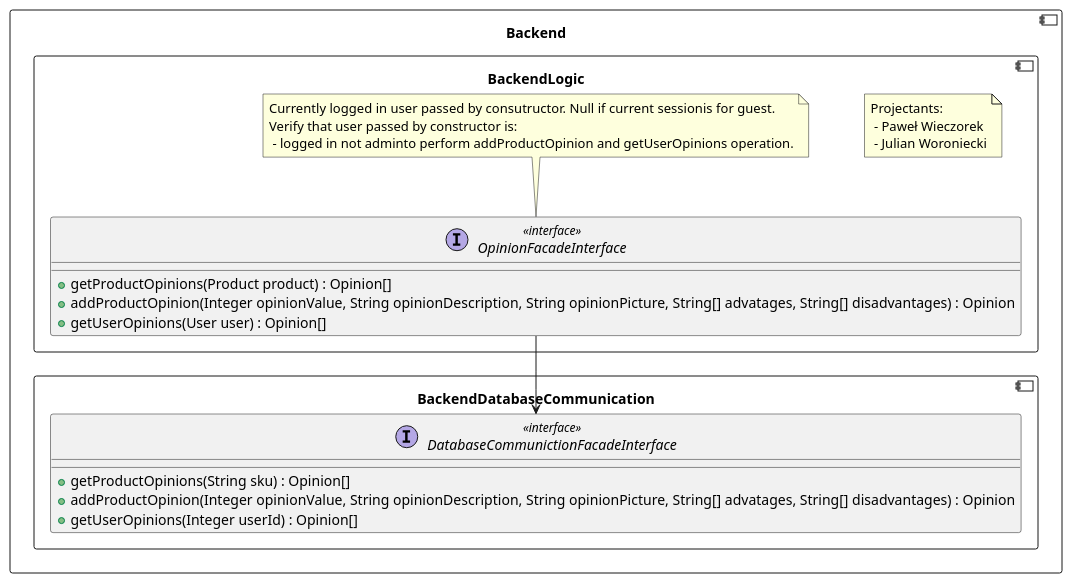
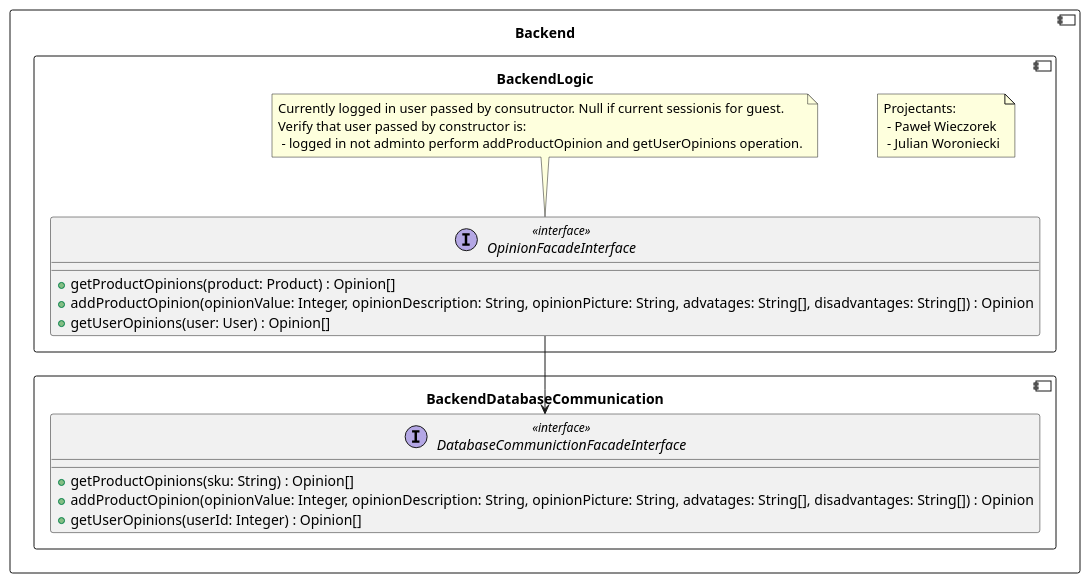
Before and after one commit to RadekBucki/OpinionCollectorArchitecture: the fifth of 5 diagrams in backend/BackendLogic.md, drawn with PlantUML. The commit also changed other lines of this file and 1 other file, not shown here.

````diff
--- a/backend/BackendLogic.md
+++ b/backend/BackendLogic.md
@@ -175,34 +175,34 @@
 ```plantuml
 @startuml
 component Backend {
     component BackendDatabaseCommunication {
         interface DatabaseCommunictionFacadeInterface <<interface>> {
-            + getProductOpinions(String sku) : Opinion[]
-            + addProductOpinion(Integer opinionValue, String opinionDescription, String opinionPicture, String[] advatages, String[] disadvantages) : Opinion
-            + getUserOpinions(Integer userId) : Opinion[]
+            + getProductOpinions(sku: String) : Opinion[]
+            + addProductOpinion(opinionValue: Integer, opinionDescription: String, opinionPicture: String, advatages: String[], disadvantages: String[]) : Opinion
+            + getUserOpinions(userId: Integer) : Opinion[]
         }
     }
     
     component BackendLogic {
         note as Authors
             Projectants: 
              - Paweł Wieczorek
              - Julian Woroniecki
         endnote
         
         OpinionFacadeInterface  --> DatabaseCommunictionFacadeInterface
         interface OpinionFacadeInterface <<interface>> {
-            + getProductOpinions(Product product) : Opinion[]
-            + addProductOpinion(Integer opinionValue, String opinionDescription, String opinionPicture, String[] advatages, String[] disadvantages) : Opinion
-            + getUserOpinions(User user) : Opinion[]
+            + getProductOpinions(product: Product) : Opinion[]
+            + addProductOpinion(opinionValue: Integer, opinionDescription: String, opinionPicture: String, advatages: String[], disadvantages: String[]) : Opinion
+            + getUserOpinions(user: User) : Opinion[]
         }
     
         note top of OpinionFacadeInterface
             Currently logged in user passed by consutructor. Null if current sessionis for guest.
             Verify that user passed by constructor is:
              - logged in not adminto perform addProductOpinion and getUserOpinions operation.
         endnote
     }
 }
 @enduml 
 ```
````
